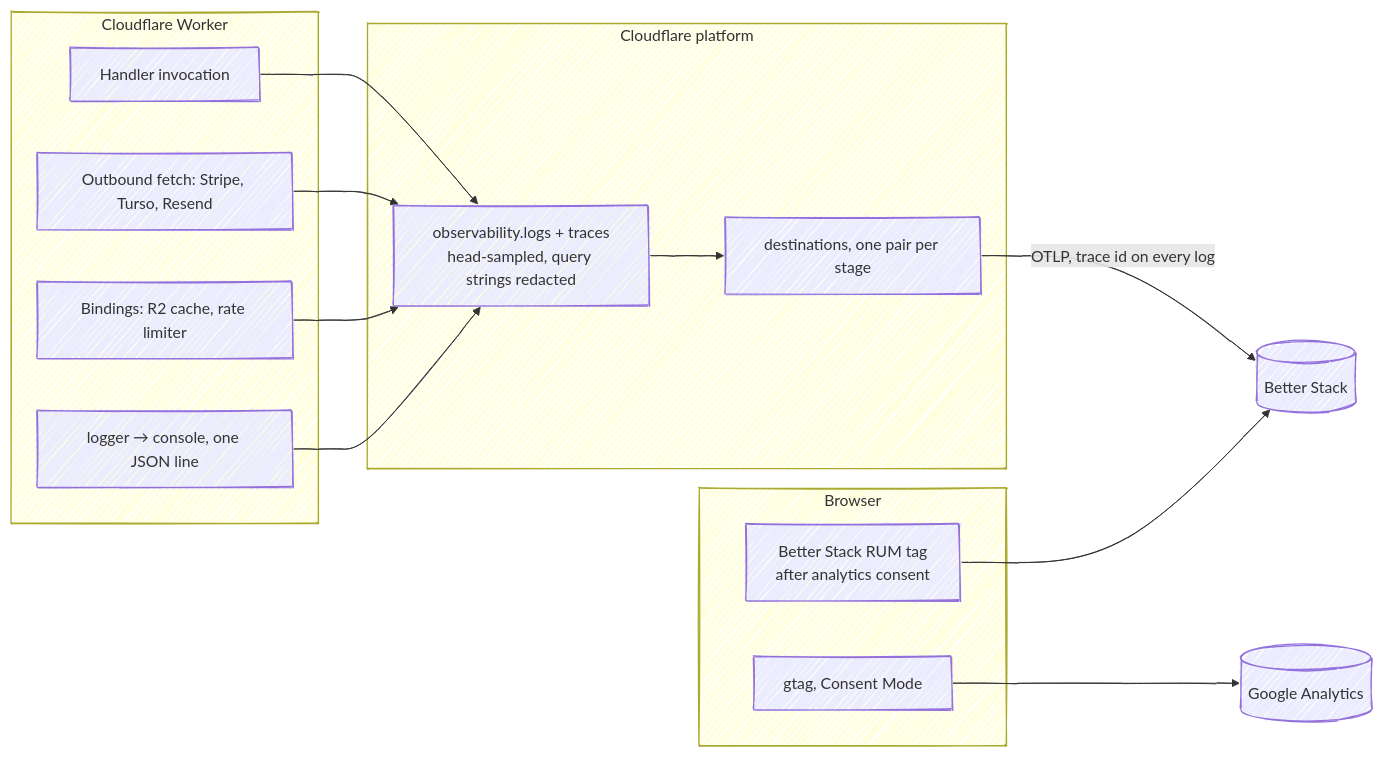
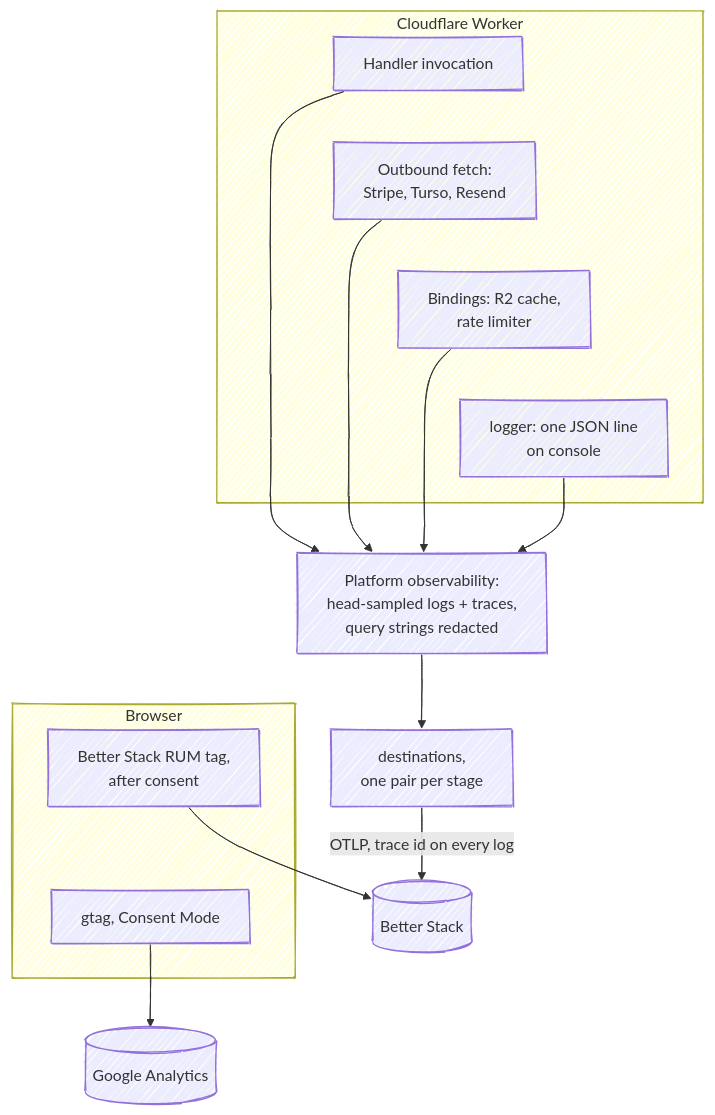
Before and after one commit to fbuireu/forever-pto: the first of 2 diagrams in apps/docs/src/content/docs/how-it-works/observability.mdx, drawn with Mermaid. The commit also changed other lines of this file and 16 other files, not shown here.

First line of the commit message:
docs(docs): fix how-it-works drift and rework the diagrams to read at column width

````diff
--- a/apps/docs/src/content/docs/how-it-works/observability.mdx
+++ b/apps/docs/src/content/docs/how-it-works/observability.mdx
@@ -9,26 +9,26 @@
 ```mermaid
 ---
 config:
   look: handDrawn
   layout: dagre
 ---
-flowchart LR
+flowchart TB
   subgraph worker [Cloudflare Worker]
     H[Handler invocation]
-    F[Outbound fetch: Stripe, Turso, Resend]
-    BND[Bindings: R2 cache, rate limiter]
-    LOG[logger → console, one JSON line]
+    F["Outbound fetch:<br/>Stripe, Turso, Resend"]
+    BND["Bindings: R2 cache,<br/>rate limiter"]
+    LOG["logger: one JSON line<br/>on console"]
+    H ~~~ F ~~~ BND ~~~ LOG
   end
-  subgraph platform [Cloudflare platform]
-    OBS[observability.logs + traces<br/>head-sampled, query strings redacted]
-    DEST[destinations, one pair per stage]
-  end
+  OBS["Platform observability:<br/>head-sampled logs + traces,<br/>query strings redacted"]
+  DEST["destinations,<br/>one pair per stage"]
   subgraph browser [Browser]
-    RUM[Better Stack RUM tag<br/>after analytics consent]
-    GA[gtag, Consent Mode]
+    RUM["Better Stack RUM tag,<br/>after consent"]
+    GA["gtag, Consent Mode"]
+    RUM ~~~ GA
   end
   H & F & BND & LOG --> OBS --> DEST
-  DEST -->|OTLP, trace id on every log| BS[(Better Stack)]
+  DEST -->|"OTLP, trace id on every log"| BS[(Better Stack)]
   RUM --> BS
   GA --> GA4[(Google Analytics)]
 ```
````
